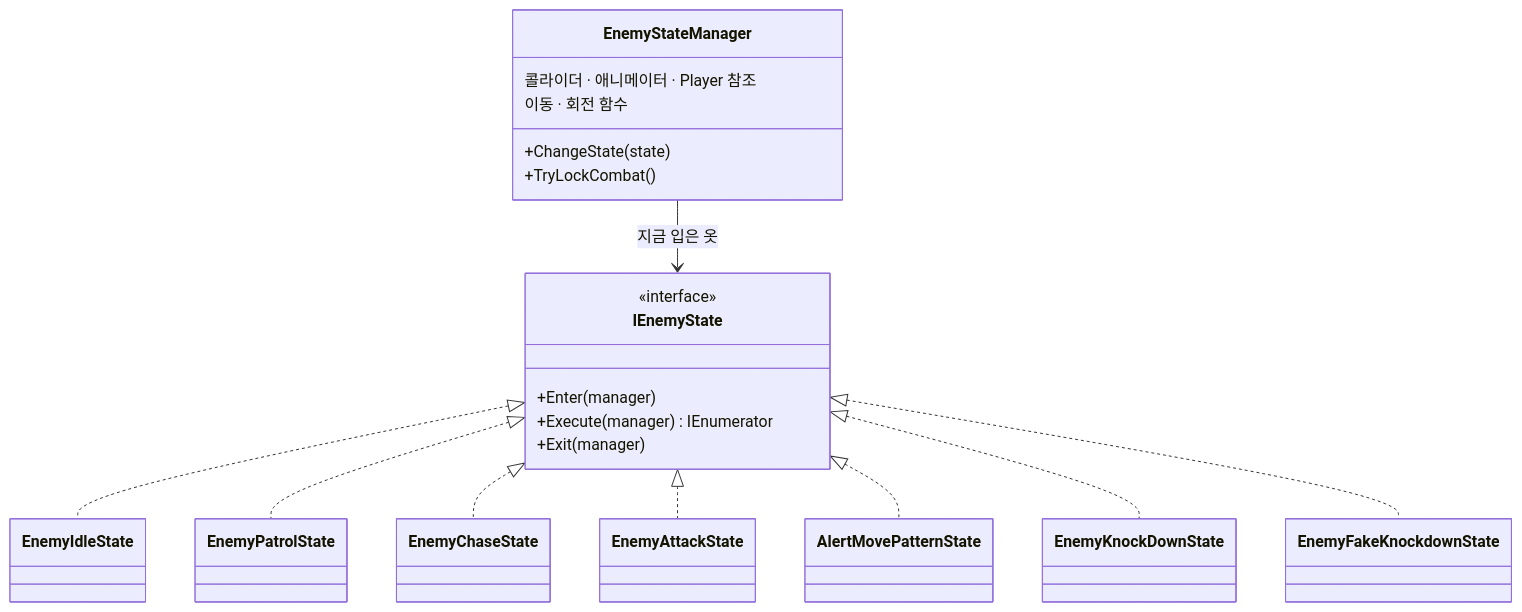
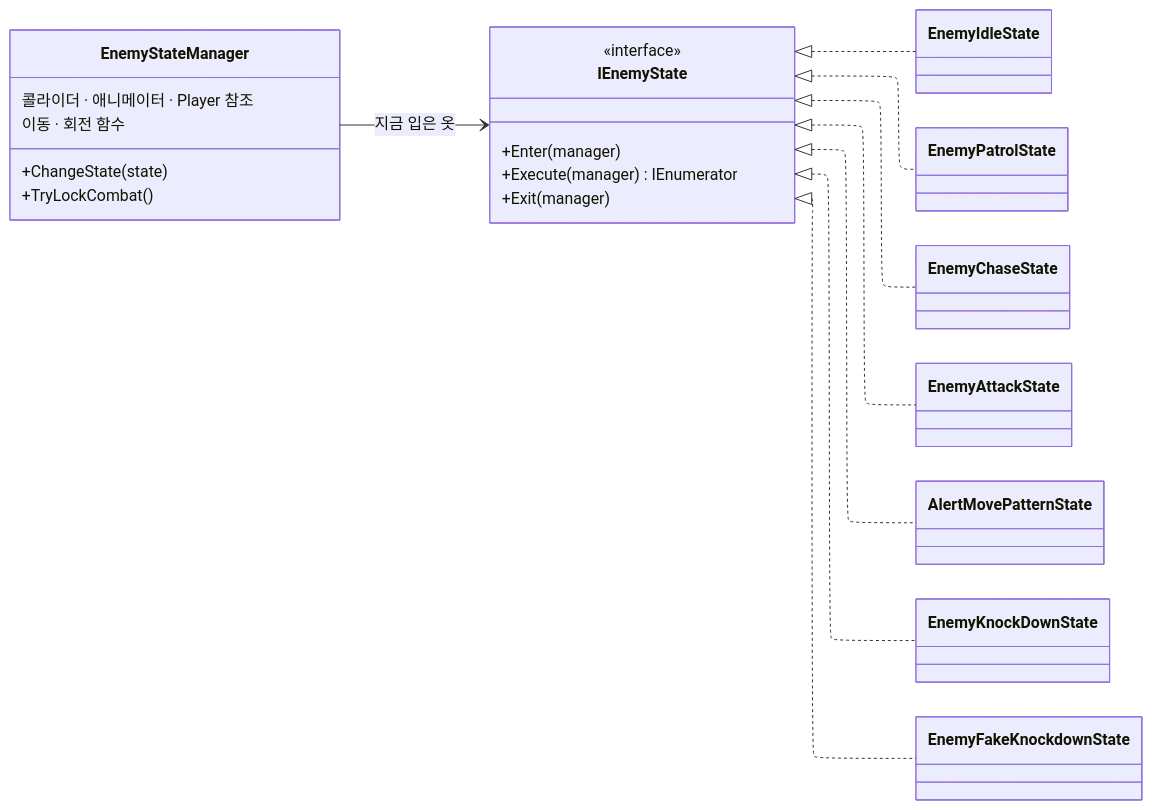
One commit to pinkshield/portfolio changed the first of 3 diagrams in src/1-watch-your-back/기술문서.md. Above: the diagram before and after it, drawn with Mermaid. The commit also changed other lines of this file and 10 other files, not shown here.

First line of the commit message:
다이어그램 ELK 배치 적용, 상세 문서 그림 규격(720×540) 통일

````diff
--- a/src/1-watch-your-back/기술문서.md
+++ b/src/1-watch-your-back/기술문서.md
@@ -118,23 +120,25 @@
 ```mermaid
+%%{init: {"layout": "elk"}}%%
 classDiagram
+    direction LR
     class EnemyStateManager {
         콜라이더 · 애니메이터 · Player 참조
         이동 · 회전 함수
         +ChangeState(state)
         +TryLockCombat()
     }
     class IEnemyState {
         <<interface>>
         +Enter(manager)
         +Execute(manager) IEnumerator
         +Exit(manager)
     }
     EnemyStateManager --> IEnemyState : 지금 입은 옷
     IEnemyState <|.. EnemyIdleState
     IEnemyState <|.. EnemyPatrolState
     IEnemyState <|.. EnemyChaseState
     IEnemyState <|.. EnemyAttackState
     IEnemyState <|.. AlertMovePatternState
     IEnemyState <|.. EnemyKnockDownState
     IEnemyState <|.. EnemyFakeKnockdownState
 ```
````
